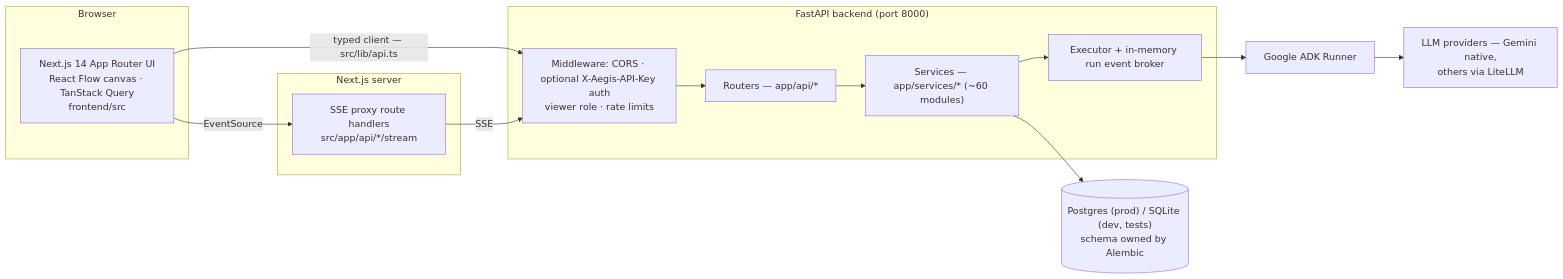
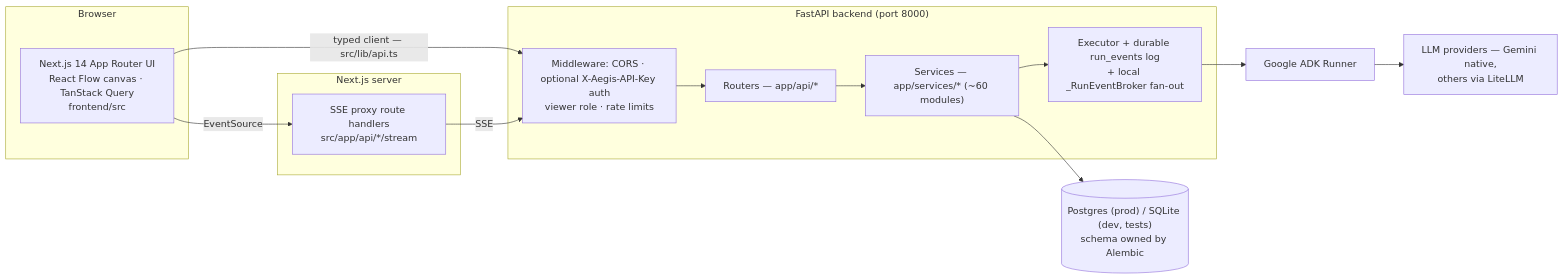
One commit to himanshu-nakrani/aegis changed the first of 6 diagrams in docs/architecture.md. Above: the diagram before and after it, drawn with Mermaid. The commit also changed other lines of this file and 213 other files, not shown here.

````diff
--- a/docs/architecture.md
+++ b/docs/architecture.md
@@ -18,23 +18,23 @@
 ```mermaid
 flowchart LR
     subgraph browser["Browser"]
         UI["Next.js 14 App Router UI<br/>React Flow canvas · TanStack Query<br/>frontend/src"]
     end
     subgraph nextsrv["Next.js server"]
         PROXY["SSE proxy route handlers<br/>src/app/api/*/stream"]
     end
     subgraph fastapi["FastAPI backend (port 8000)"]
         MW["Middleware: CORS · optional X-Aegis-API-Key auth<br/>viewer role · rate limits"]
         ROUTERS["Routers — app/api/*"]
         SVC["Services — app/services/* (~60 modules)"]
-        EXEC["Executor + in-memory run event broker"]
+        EXEC["Executor + durable run_events log<br/>+ local _RunEventBroker fan-out"]
     end
     DB[("Postgres (prod) / SQLite (dev, tests)<br/>schema owned by Alembic")]
     ADK["Google ADK Runner"]
     LLM["LLM providers — Gemini native,<br/>others via LiteLLM"]
 
     UI -->|"typed client — src/lib/api.ts"| MW
     UI -->|"EventSource"| PROXY -->|"SSE"| MW
     MW --> ROUTERS --> SVC --> DB
     SVC --> EXEC --> ADK --> LLM
 ```
````
